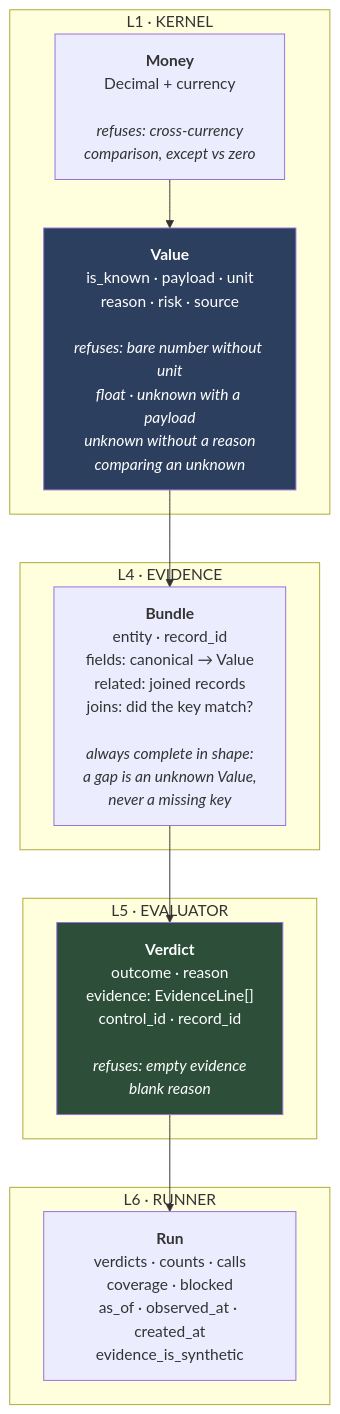
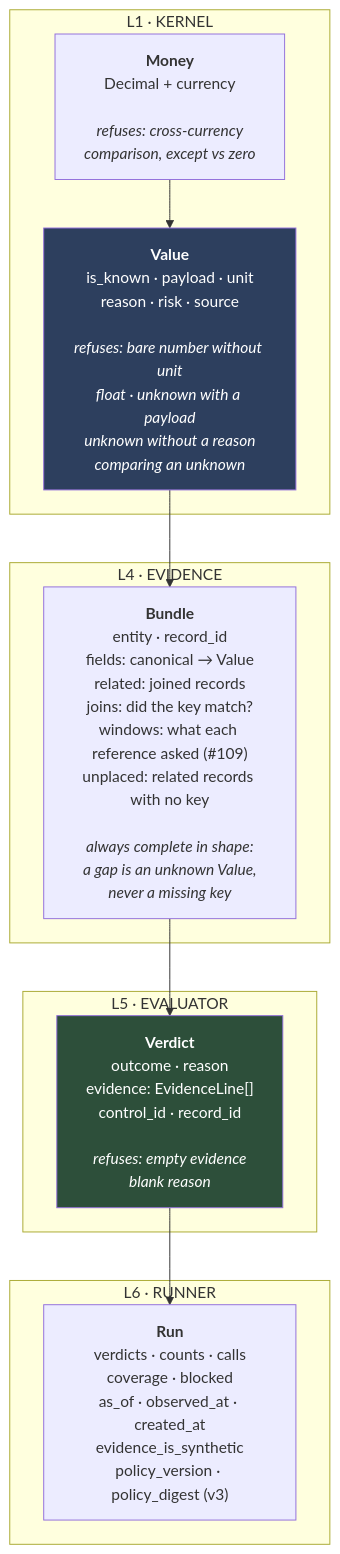
The seventh of 11 diagrams in docs/project-explainer/03-code-architecture.md (sauravs/miniHotelPMS), drawn with Mermaid before and after one commit. The commit also changed other lines of this file and 4 other files, not shown here.

````diff
--- a/docs/project-explainer/03-code-architecture.md
+++ b/docs/project-explainer/03-code-architecture.md
@@ -349,27 +413,27 @@
 ```mermaid
 flowchart TD
     subgraph L1["L1 · KERNEL"]
         VAL["<b>Value</b><br/>is_known · payload · unit<br/>reason · risk · source<br/><br/><i>refuses: bare number without unit<br/>float · unknown with a payload<br/>unknown without a reason<br/>comparing an unknown</i>"]
         MON["<b>Money</b><br/>Decimal + currency<br/><br/><i>refuses: cross-currency<br/>comparison, except vs zero</i>"]
     end
 
     subgraph L4["L4 · EVIDENCE"]
-        BUN["<b>Bundle</b><br/>entity · record_id<br/>fields: canonical → Value<br/>related: joined records<br/>joins: did the key match?<br/><br/><i>always complete in shape:<br/>a gap is an unknown Value,<br/>never a missing key</i>"]
+        BUN["<b>Bundle</b><br/>entity · record_id<br/>fields: canonical → Value<br/>related: joined records<br/>joins: did the key match?<br/>windows: what each reference asked (#109)<br/>unplaced: related records with no key<br/><br/><i>always complete in shape:<br/>a gap is an unknown Value,<br/>never a missing key</i>"]
     end
 
     subgraph L5["L5 · EVALUATOR"]
         VER["<b>Verdict</b><br/>outcome · reason<br/>evidence: EvidenceLine[]<br/>control_id · record_id<br/><br/><i>refuses: empty evidence<br/>blank reason</i>"]
     end
 
     subgraph L6["L6 · RUNNER"]
-        RUN["<b>Run</b><br/>verdicts · counts · calls<br/>coverage · blocked<br/>as_of · observed_at · created_at<br/>evidence_is_synthetic"]
+        RUN["<b>Run</b><br/>verdicts · counts · calls<br/>coverage · blocked<br/>as_of · observed_at · created_at<br/>evidence_is_synthetic<br/>policy_version · policy_digest (v3)"]
     end
 
     MON --> VAL
     VAL --> BUN
     BUN --> VER
     VER --> RUN
 
     style VAL fill:#2d3f5e,color:#fff
     style VER fill:#2d4f3a,color:#fff
 ```
````
